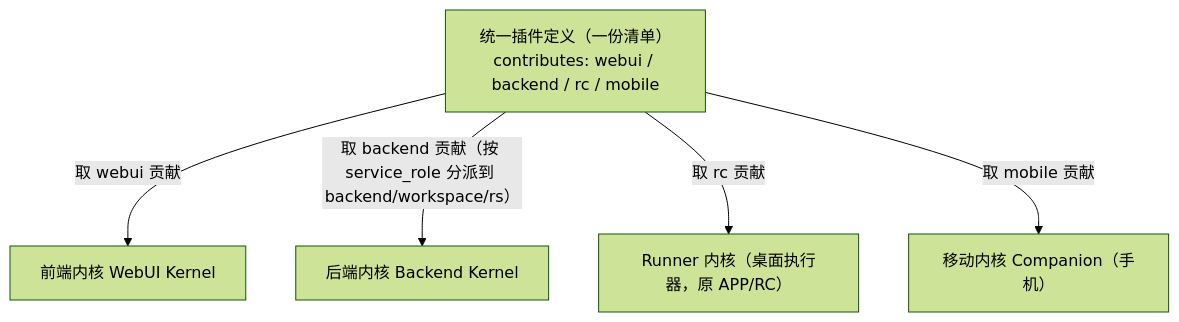
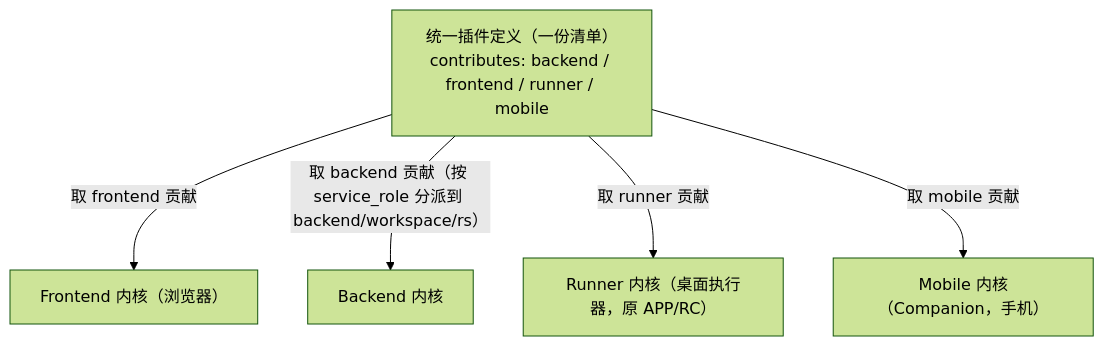
The first of 3 diagrams in docs/dev/architecture/插件契约与协议.md (yandt/VastPlan), drawn with Mermaid (forest theme) before and after one commit. The commit also changed other lines of this file and 4 other files, not shown here.

First line of the commit message:
docs: 统一四内核命名规范（ADR-0015）——backend/frontend/runner/mobile

````diff
--- a/docs/dev/architecture/插件契约与协议.md
+++ b/docs/dev/architecture/插件契约与协议.md
@@ -14,8 +14,8 @@
 ```mermaid
 flowchart TB
-  M["统一插件定义（一份清单）<br/>contributes: webui / backend / rc / mobile"]
-  M -->|取 webui 贡献| WK["前端内核 WebUI Kernel"]
-  M -->|取 backend 贡献（按 service_role 分派到 backend/workspace/rs）| BK["后端内核 Backend Kernel"]
-  M -->|取 rc 贡献| RK["Runner 内核（桌面执行器，原 APP/RC）"]
-  M -->|取 mobile 贡献| MK["移动内核 Companion（手机）"]
+  M["统一插件定义（一份清单）<br/>contributes: backend / frontend / runner / mobile"]
+  M -->|取 frontend 贡献| WK["Frontend 内核（浏览器）"]
+  M -->|取 backend 贡献（按 service_role 分派到 backend/workspace/rs）| BK["Backend 内核"]
+  M -->|取 runner 贡献| RK["Runner 内核（桌面执行器，原 APP/RC）"]
+  M -->|取 mobile 贡献| MK["Mobile 内核（Companion，手机）"]
 ```
````
